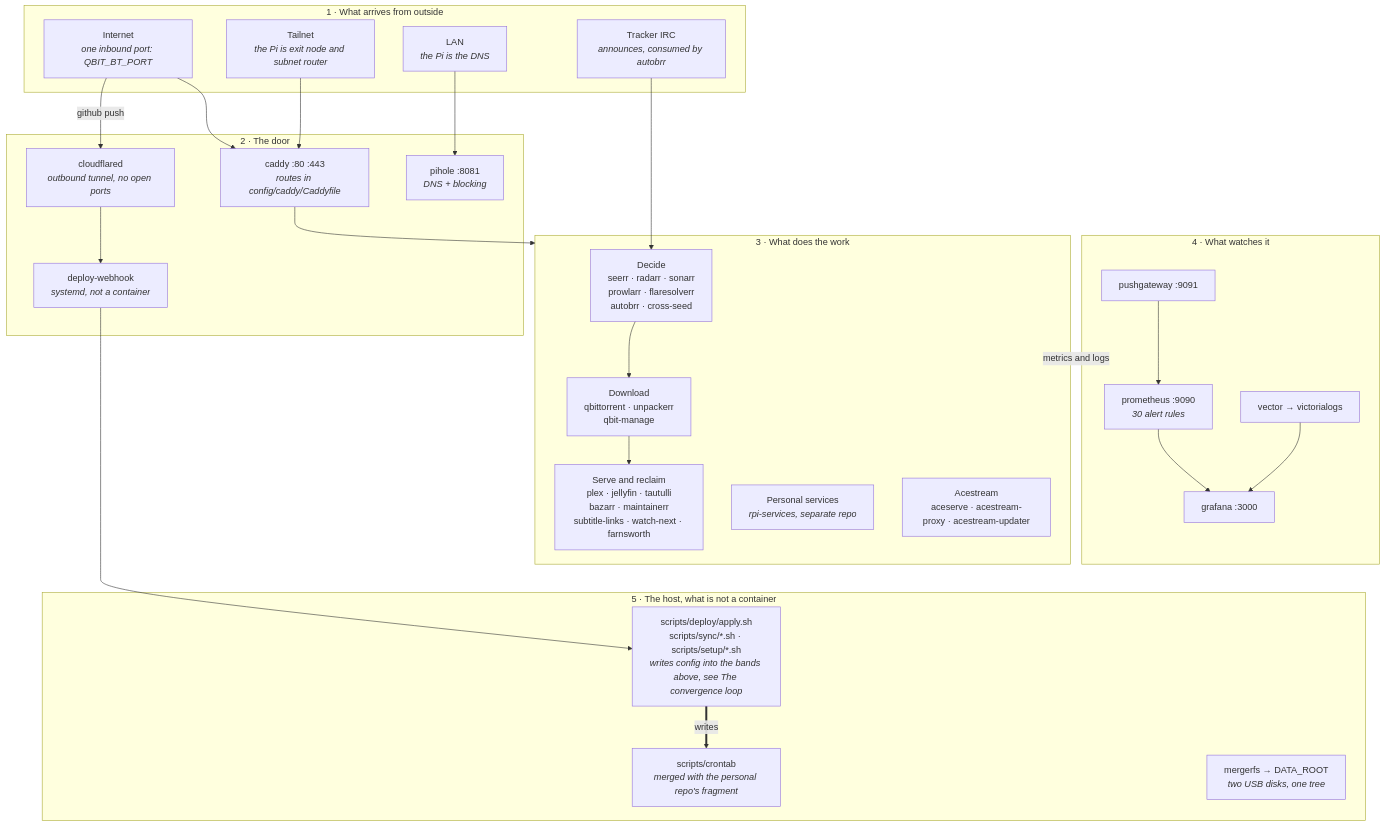
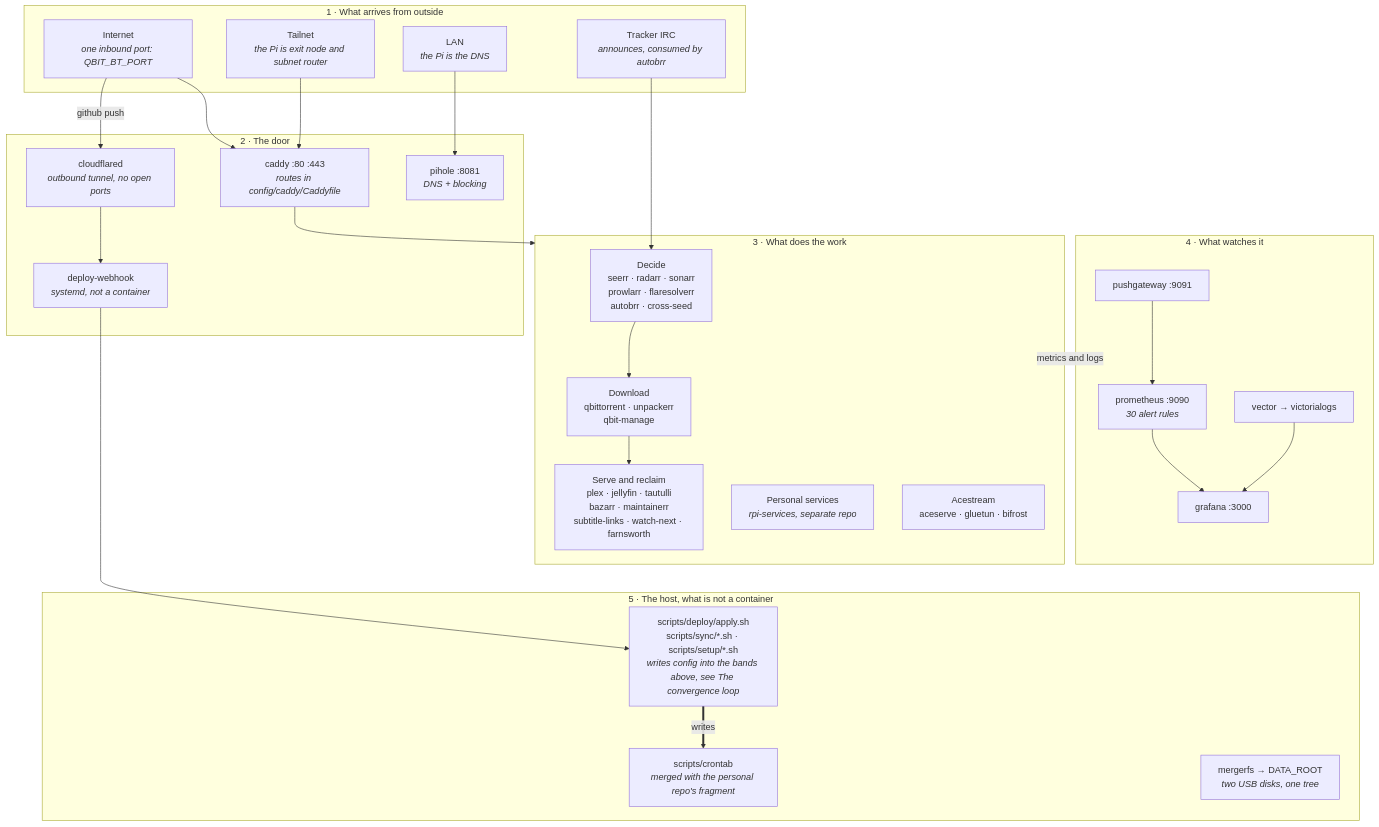
Before and after one commit to PlatanosVerdes/rpi-homeserver: the first of 7 diagrams in docs/architecture.md, drawn with Mermaid. The commit also changed 18 other files, not shown here.

First line of the commit message:
Remove the old Acestream services and read farnsworth's channels from bifrost (#58)

````diff
--- a/docs/architecture.md
+++ b/docs/architecture.md
@@ -14,54 +14,54 @@
 ```mermaid
 flowchart TB
   subgraph OUT["1 · What arrives from outside"]
     NET["Internet<br/><i>one inbound port: QBIT_BT_PORT</i>"]
     TS["Tailnet<br/><i>the Pi is exit node and subnet router</i>"]
     LAN["LAN<br/><i>the Pi is the DNS</i>"]
     IRC["Tracker IRC<br/><i>announces, consumed by autobrr</i>"]
   end
 
   subgraph DOOR["2 · The door"]
     CADDY["caddy :80 :443<br/><i>routes in config/caddy/Caddyfile</i>"]
     CFD["cloudflared<br/><i>outbound tunnel, no open ports</i>"]
     PIHOLE["pihole :8081<br/><i>DNS + blocking</i>"]
     HOOK["deploy-webhook<br/><i>systemd, not a container</i>"]
   end
 
   subgraph WORK["3 · What does the work"]
     DECIDE["Decide<br/>seerr · radarr · sonarr<br/>prowlarr · flaresolverr<br/>autobrr · cross-seed"]
     GET["Download<br/>qbittorrent · unpackerr<br/>qbit-manage"]
     SERVE["Serve and reclaim<br/>plex · jellyfin · tautulli<br/>bazarr · maintainerr<br/>subtitle-links · watch-next · farnsworth"]
     PERS["Personal services<br/><i>rpi-services, separate repo</i>"]
-    ACE["Acestream<br/>aceserve · acestream-proxy · acestream-updater"]
+    ACE["Acestream<br/>aceserve · gluetun · bifrost"]
   end
 
   subgraph OBS["4 · What watches it"]
     PROM["prometheus :9090<br/><i>30 alert rules</i>"]
     GRAF["grafana :3000"]
     PUSH["pushgateway :9091"]
     LOGS["vector → victorialogs"]
   end
 
   subgraph HOST["5 · The host, what is not a container"]
     APPLY["scripts/deploy/apply.sh<br/>scripts/sync/*.sh · scripts/setup/*.sh<br/><i>writes config into the bands above, see The convergence loop</i>"]
     CRON["scripts/crontab<br/><i>merged with the personal repo's fragment</i>"]
     FS["mergerfs → DATA_ROOT<br/><i>two USB disks, one tree</i>"]
   end
 
   NET --> CADDY
   NET -->|github push| CFD
   TS --> CADDY
   LAN --> PIHOLE
   IRC --> DECIDE
   CFD --> HOOK
   CADDY --> WORK
   DECIDE --> GET --> SERVE
   WORK -. metrics and logs .-> OBS
   PUSH --> PROM --> GRAF
   LOGS --> GRAF
   HOOK --> APPLY
   APPLY ==>|writes| CRON
 
   %% every arrow points down, so the bands stack 1 to 5 in order
   GRAF ~~~ APPLY
 ```
````
